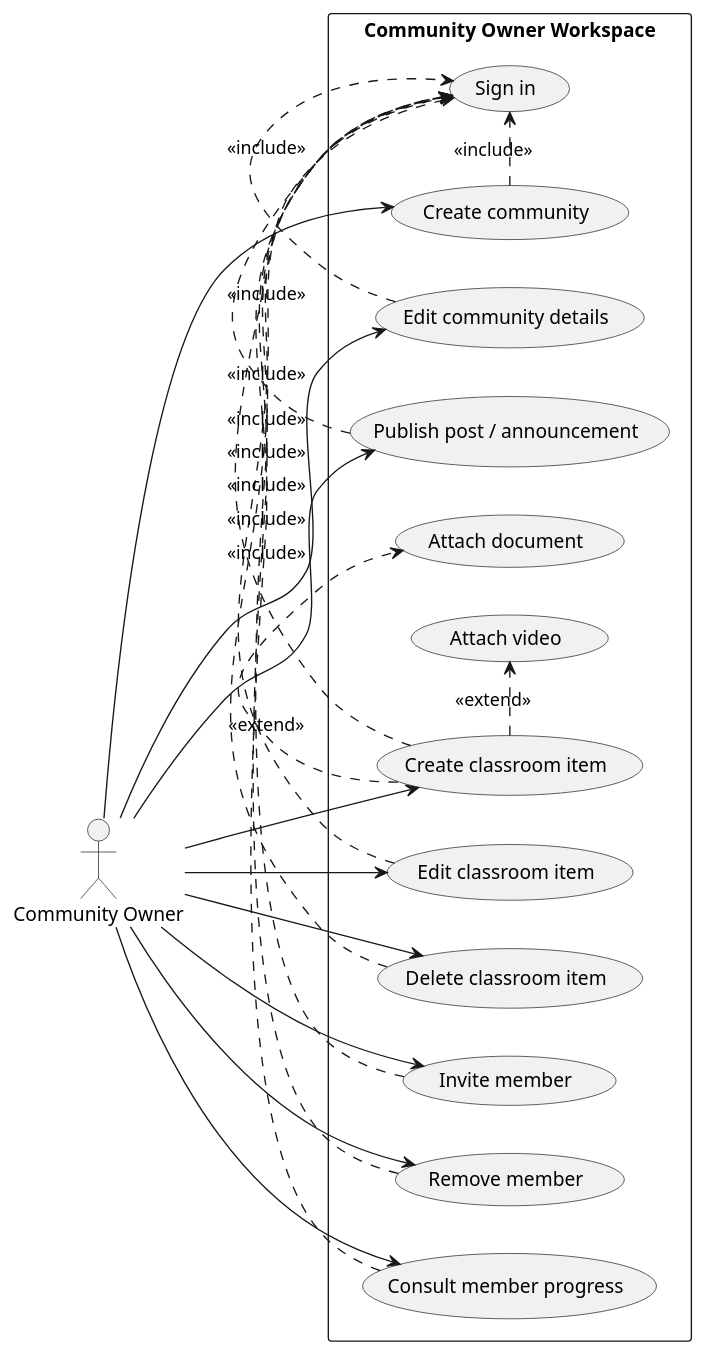
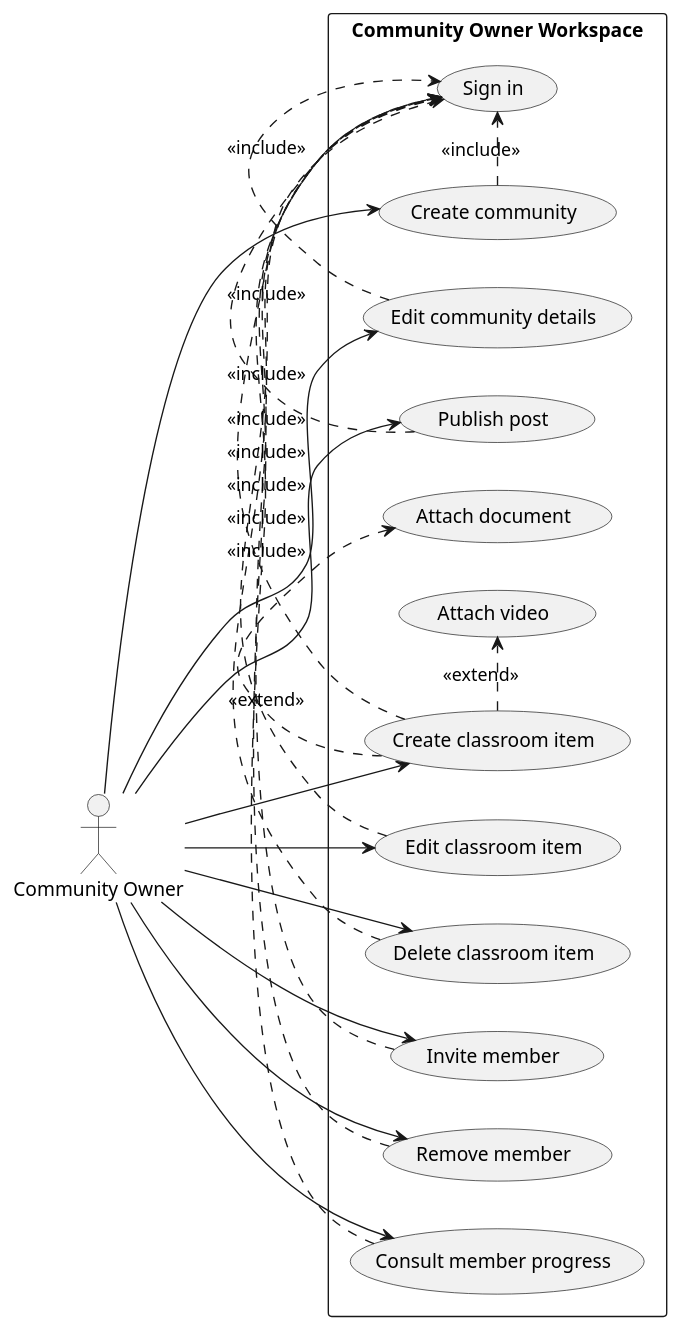
The third of 4 diagrams in docs/SKOOL_UML_REPLACEMENT.md (mohammedJaffal/skool), drawn with PlantUML before and after one commit. The commit also changed other lines of this file and 48 other files, not shown here.

````diff
--- a/docs/SKOOL_UML_REPLACEMENT.md
+++ b/docs/SKOOL_UML_REPLACEMENT.md
@@ -298,44 +298,44 @@
 ```plantuml
 @startuml
 left to right direction
 
 actor "Community Owner" as Owner
 
 rectangle "Community Owner Workspace" {
   usecase "Sign in" as UC1
   usecase "Create community" as UC2
   usecase "Edit community details" as UC3
-  usecase "Publish post / announcement" as UC4
+  usecase "Publish post" as UC4
   usecase "Create classroom item" as UC5
   usecase "Attach document" as UC6
   usecase "Attach video" as UC7
   usecase "Edit classroom item" as UC8
   usecase "Delete classroom item" as UC9
   usecase "Invite member" as UC10
   usecase "Remove member" as UC11
   usecase "Consult member progress" as UC12
 }
 
 Owner --> UC2
 Owner --> UC3
 Owner --> UC4
 Owner --> UC5
 Owner --> UC8
 Owner --> UC9
 Owner --> UC10
 Owner --> UC11
 Owner --> UC12
 
 UC2 .> UC1 : <<include>>
 UC3 .> UC1 : <<include>>
 UC4 .> UC1 : <<include>>
 UC5 .> UC1 : <<include>>
 UC8 .> UC1 : <<include>>
 UC9 .> UC1 : <<include>>
 UC10 .> UC1 : <<include>>
 UC11 .> UC1 : <<include>>
 UC12 .> UC1 : <<include>>
 UC5 .> UC6 : <<extend>>
 UC5 .> UC7 : <<extend>>
 @enduml
 ```
````
